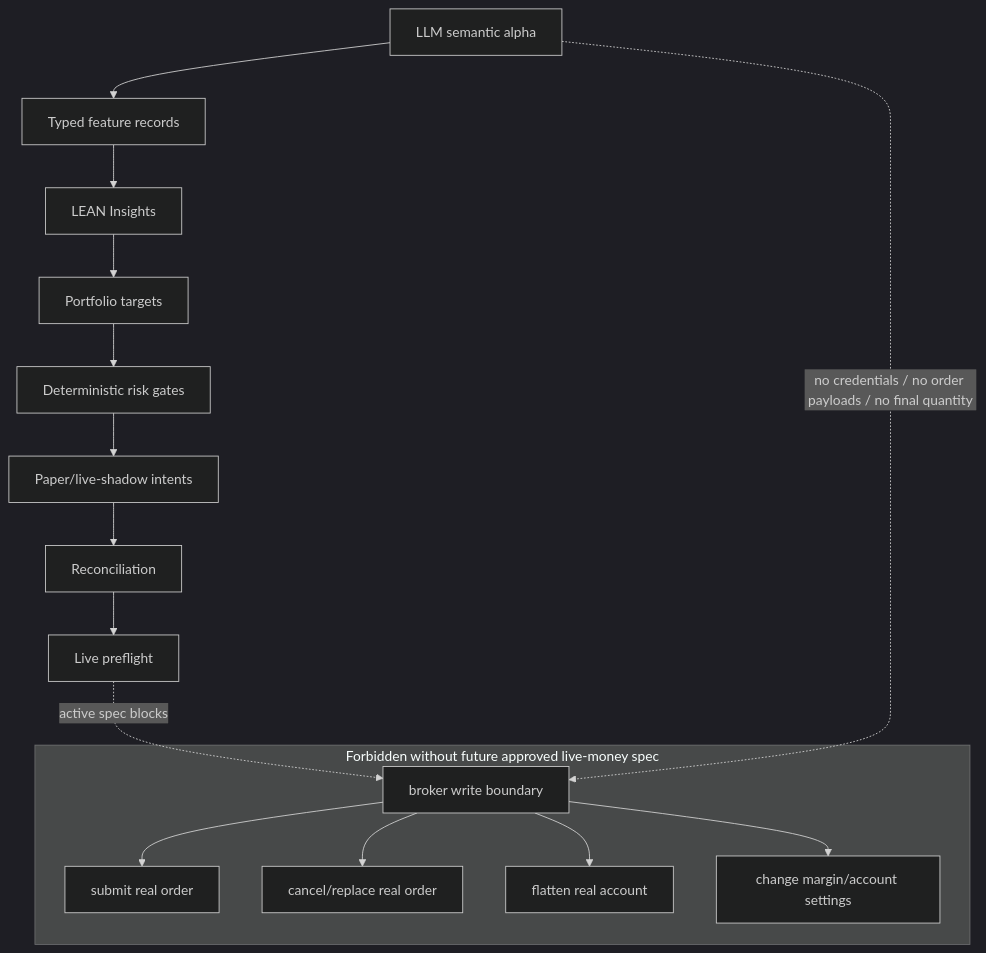
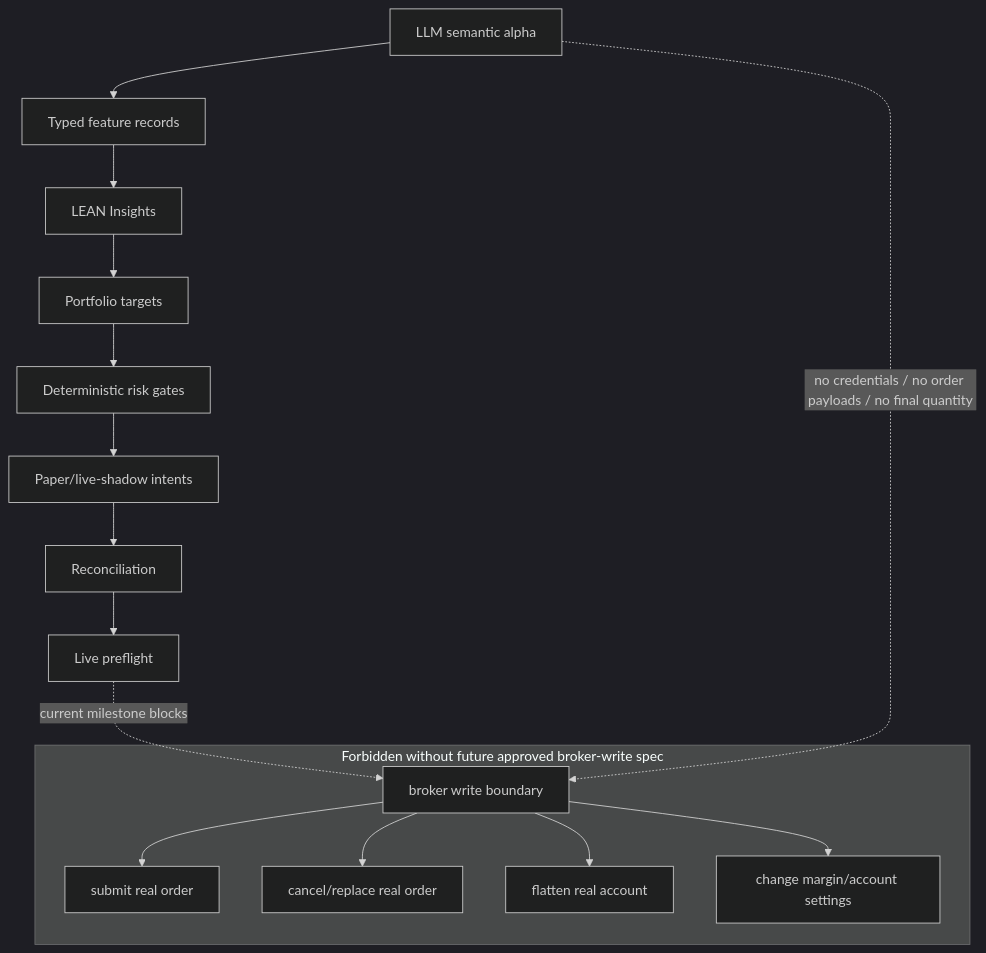
Diagram 13 of 13 in README.md (gigio1023/lincei-quant-research-engine), drawn with Mermaid (dark theme) before and after one commit. The commit also changed other lines of this file and 14 other files, not shown here.

````diff
--- a/README.md
+++ b/README.md
@@ -367,25 +408,25 @@
 ```mermaid
 flowchart TB
     LLM["LLM semantic alpha"] --> FEATURES["Typed feature records"]
     FEATURES --> LEAN["LEAN Insights"]
     LEAN --> TARGETS["Portfolio targets"]
     TARGETS --> RISK["Deterministic risk gates"]
     RISK --> PAPER["Paper/live-shadow intents"]
     PAPER --> RECON["Reconciliation"]
     RECON --> PREFLIGHT["Live preflight"]
 
-    subgraph FORBIDDEN["Forbidden without future approved live-money spec"]
+    subgraph FORBIDDEN["Forbidden without future approved broker-write spec"]
         WRITEBLOCK["broker write boundary"]
         SUBMIT["submit real order"]
         CANCEL["cancel/replace real order"]
         FLATTEN["flatten real account"]
         MARGIN["change margin/account settings"]
     end
 
     WRITEBLOCK --> SUBMIT
     WRITEBLOCK --> CANCEL
     WRITEBLOCK --> FLATTEN
     WRITEBLOCK --> MARGIN
-    PREFLIGHT -. "active spec blocks" .-> WRITEBLOCK
+    PREFLIGHT -. "current milestone blocks" .-> WRITEBLOCK
     LLM -. "no credentials / no order payloads / no final quantity" .-> WRITEBLOCK
 ```
````
